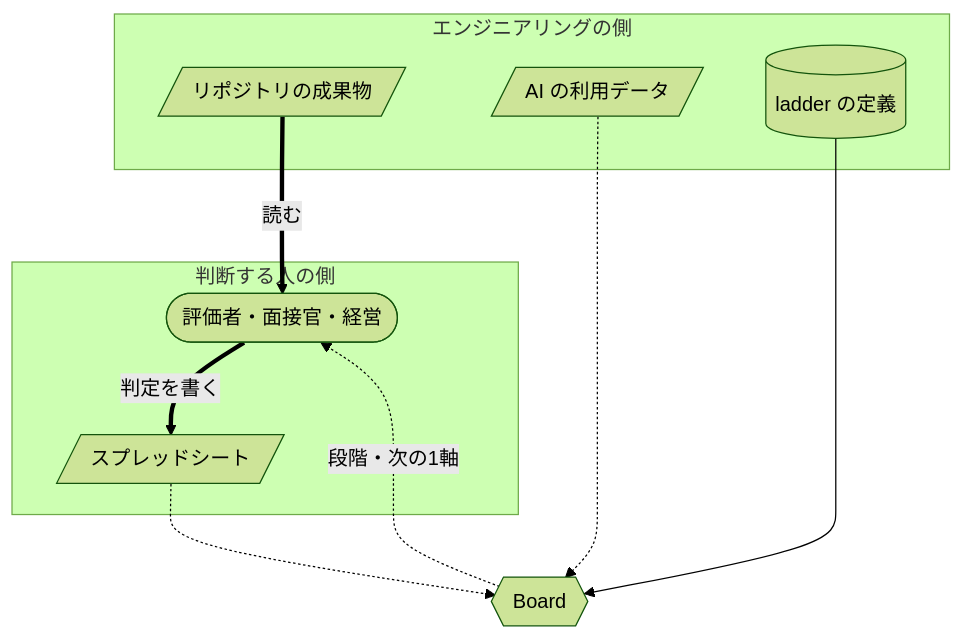
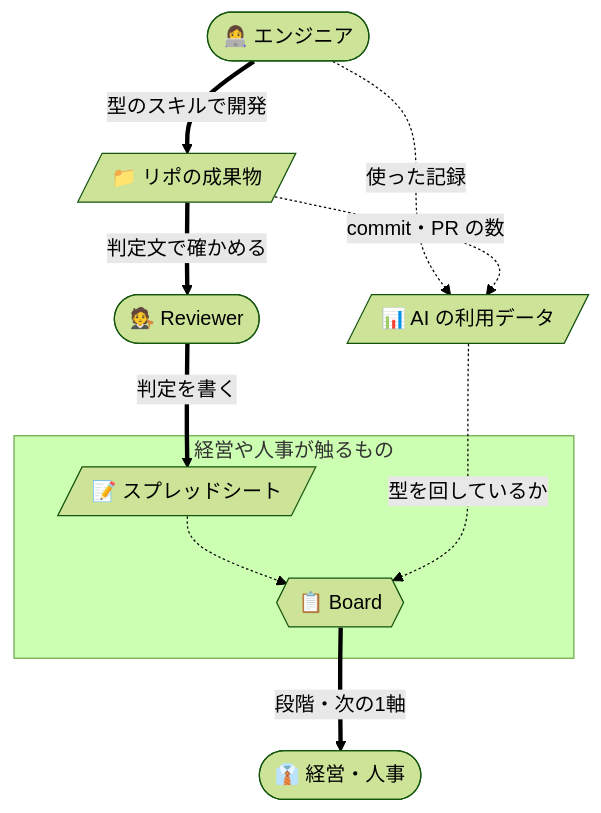
The diagram in README.md (yktsnet/mgmt-kit), drawn with Mermaid (forest theme) before and after one commit. The commit also changed other lines of this file and 2 other files, not shown here.

Commit message:
docs: Show how repo output and AI usage data feed Board in the README diagram (#59)

````diff
--- a/README.md
+++ b/README.md
@@ -54,16 +54,13 @@
 ```mermaid
 flowchart TD
-    subgraph P[判断する人の側]
-        H([評価者・面接官・経営]) ==>|判定を書く| S[/スプレッドシート/]
+    Dev(["👩‍💻 エンジニア"]) ==>|型のスキルで開発| Out[/"📁 リポの成果物"/]
+    Dev -.->|使った記録| Use[/"📊 AI の利用データ"/]
+    Out -.->|commit・PR の数| Use
+    Out ==>|判定文で確かめる| Rev(["🧑‍⚖️ Reviewer"])
+    subgraph Biz["経営や人事が触るもの"]
+        Sheet[/"📝 スプレッドシート"/] -.-> Board{{"📋 Board"}}
     end
-    subgraph E[エンジニアリングの側]
-        W[/リポジトリの成果物/]
-        U[/AI の利用データ/]
-        L[(ladder の定義)]
-    end
-    W ==>|読む| H
-    S -.-> B{{Board}}
-    U -.-> B
-    L --> B
-    B -.->|段階・次の1軸| H
+    Rev ==>|判定を書く| Sheet
+    Use -.->|型を回しているか| Board
+    Board ==>|段階・次の1軸| Boss(["👔 経営・人事"])
 ```
````
